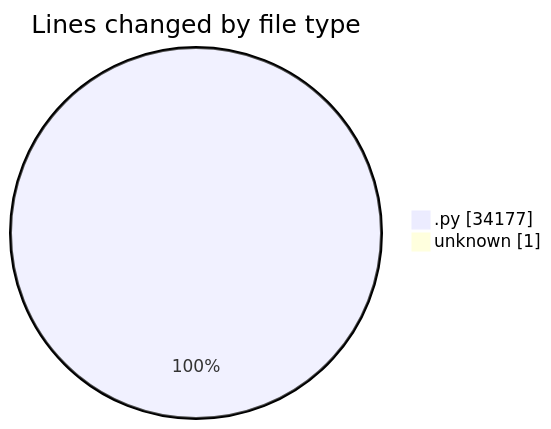
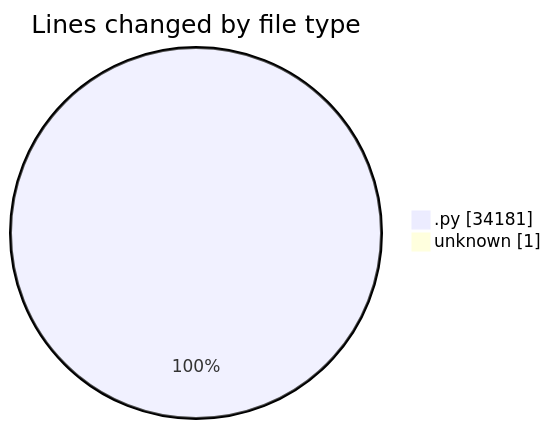
One commit to julien-gomy/code-tracking changed the first of 2 diagrams in 2025-11-22/eventscop-api-guide__workspace_/README.md. Above: the diagram before and after it, drawn with Mermaid. The commit also changed other lines of this file and 1 other file, not shown here.

````diff
--- a/2025-11-22/eventscop-api-guide__workspace_/README.md
+++ b/2025-11-22/eventscop-api-guide__workspace_/README.md
@@ -33,6 +33,6 @@
 ```mermaid
 pie showData
 title Lines changed by file type
-".py" : 34177
+".py" : 34181
 "unknown" : 1
 ```
````
